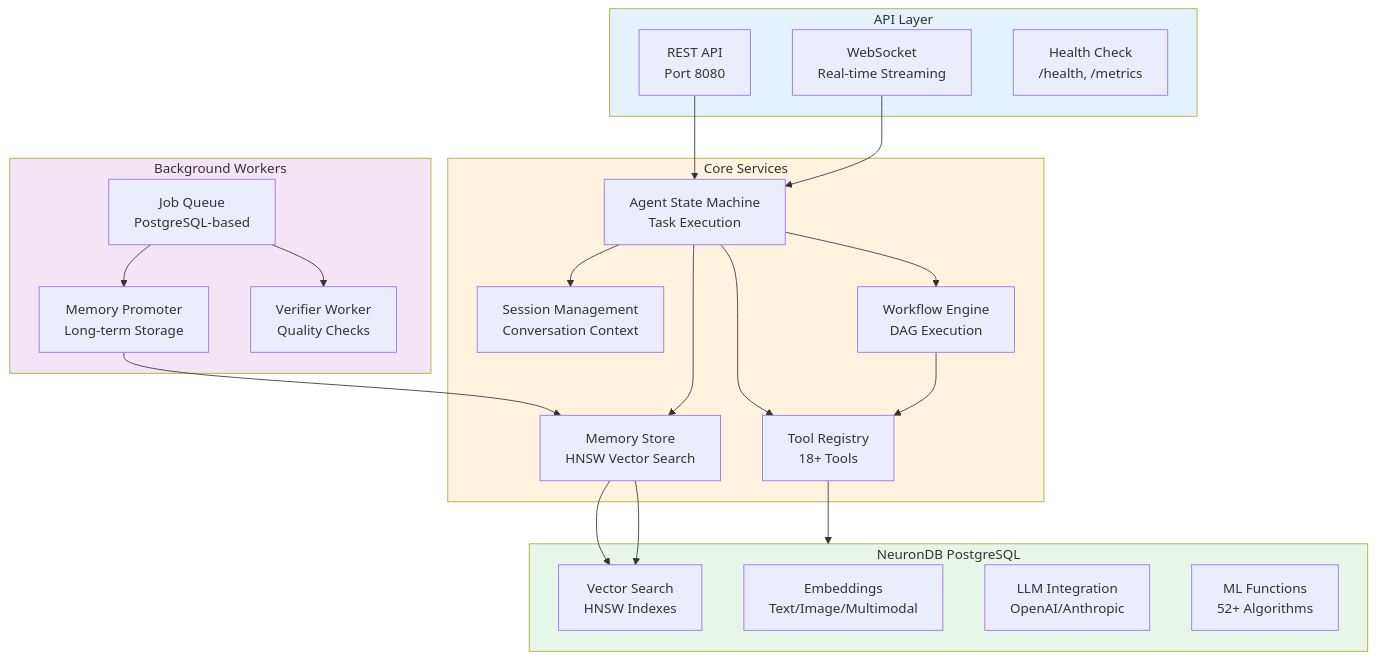
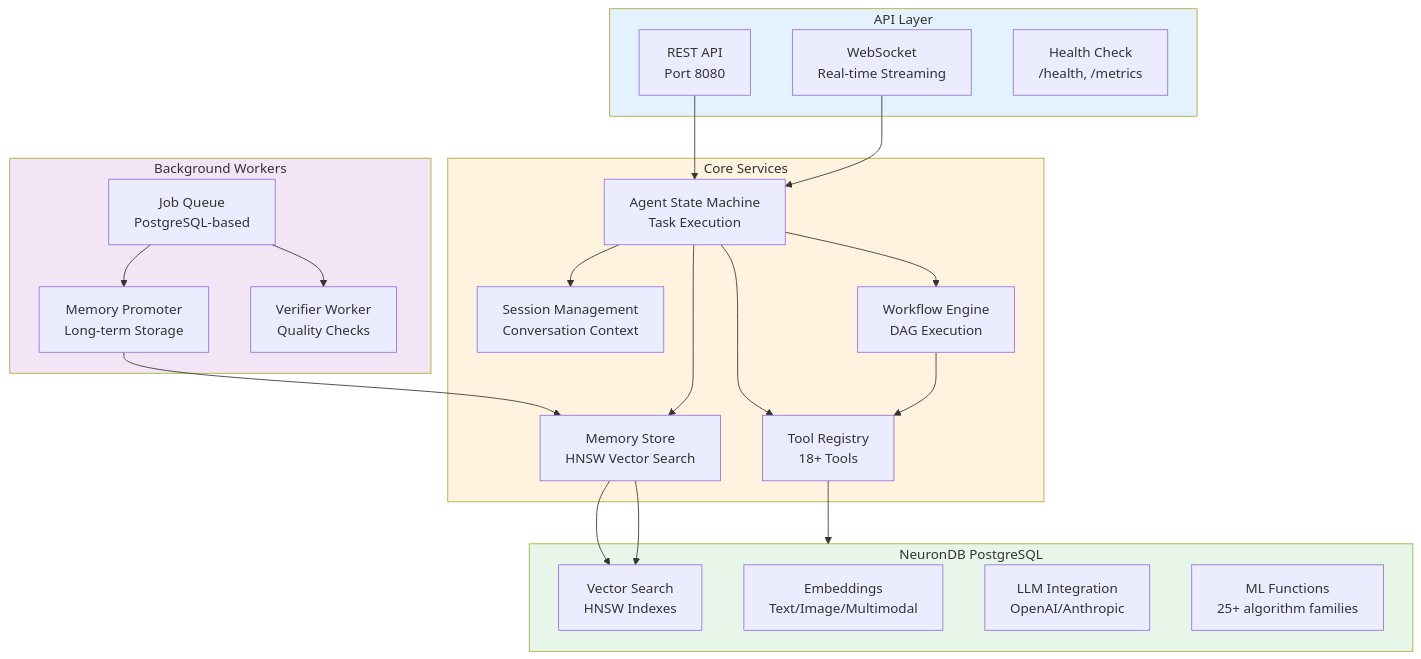
Before and after one commit to neurondb/neuron-agent: the first of 4 diagrams in README.md, drawn with Mermaid. The commit also changed other lines of this file and 36 other files, not shown here.

````diff
--- a/README.md
+++ b/README.md
@@ -125,48 +114,48 @@
 ```mermaid
 graph TB
     subgraph API["API Layer"]
         REST[REST API<br/>Port 8080]
         WS[WebSocket<br/>Real-time Streaming]
         HEALTH[Health Check<br/>/health, /metrics]
     end
     
     subgraph CORE["Core Services"]
         STATE[Agent State Machine<br/>Task Execution]
         SESSION[Session Management<br/>Conversation Context]
         MEMORY[Memory Store<br/>HNSW Vector Search]
         TOOLS[Tool Registry<br/>18+ Tools]
         WORKFLOW[Workflow Engine<br/>DAG Execution]
     end
     
     subgraph WORKERS["Background Workers"]
         JOBQ[Job Queue<br/>PostgreSQL-based]
         PROMOTER[Memory Promoter<br/>Long-term Storage]
         VERIFIER[Verifier Worker<br/>Quality Checks]
     end
     
     subgraph DB["NeuronDB PostgreSQL"]
         VECTOR[Vector Search<br/>HNSW Indexes]
         EMBED[Embeddings<br/>Text/Image/Multimodal]
         LLM[LLM Integration<br/>OpenAI/Anthropic]
-        ML[ML Functions<br/>52+ Algorithms]
+        ML[ML Functions<br/>25+ algorithm families]
     end
     
     REST --> STATE
     WS --> STATE
     STATE --> SESSION
     STATE --> MEMORY
     STATE --> TOOLS
     STATE --> WORKFLOW
     MEMORY --> VECTOR
     TOOLS --> DB
     WORKFLOW --> TOOLS
     JOBQ --> PROMOTER
     JOBQ --> VERIFIER
     PROMOTER --> MEMORY
     MEMORY --> VECTOR
     
     style API fill:#e3f2fd
     style CORE fill:#fff3e0
     style WORKERS fill:#f3e5f5
     style DB fill:#e8f5e9
 ```
````
